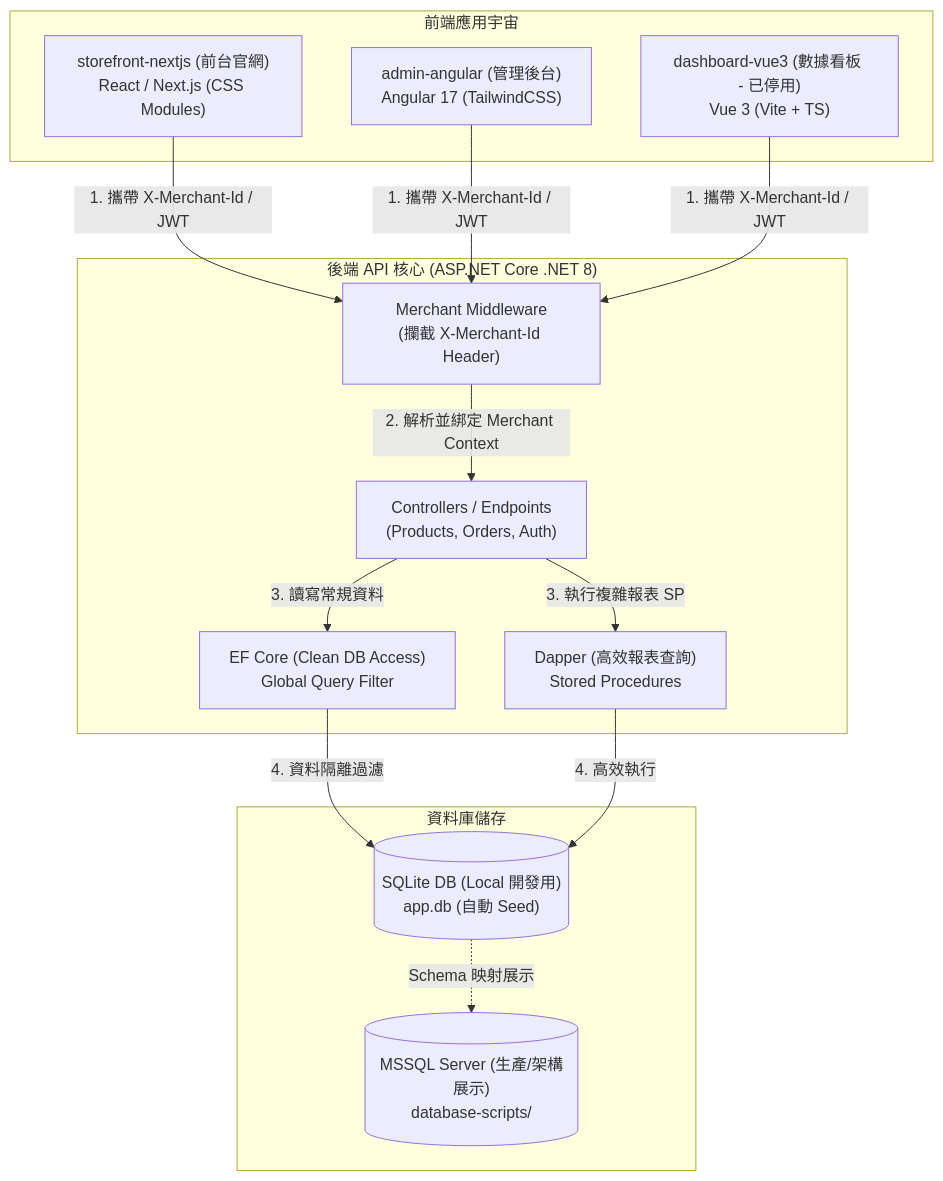
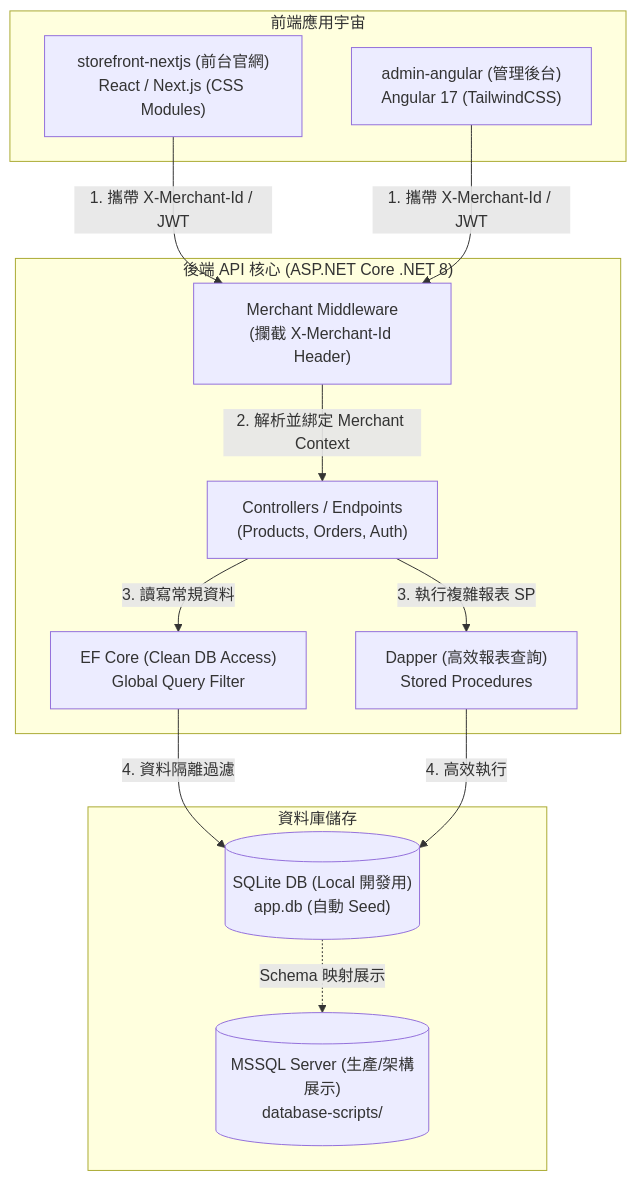
The diagram in README.md (garry380164/multi-framework-ecommerce-poc), drawn with Mermaid before and after one commit. The commit also changed other lines of this file and 9 other files, not shown here.

````diff
--- a/README.md
+++ b/README.md
@@ -40,38 +39,36 @@
 ```mermaid
 graph TD
     %% 前端宇宙
     subgraph FrontendClients ["前端應用宇宙"]
         NextJS["storefront-nextjs (前台官網)<br>React / Next.js (CSS Modules)"]
         Angular["admin-angular (管理後台)<br>Angular 17 (TailwindCSS)"]
-        Vue3["dashboard-vue3 (數據看板 - 已停用)<br>Vue 3 (Vite + TS)"]
     end
 
     %% 後端核心
     subgraph BackendCore ["後端 API 核心 (ASP.NET Core .NET 8)"]
         MerchantMW["Merchant Middleware<br>(攔截 X-Merchant-Id Header)"]
         Controllers["Controllers / Endpoints<br>(Products, Orders, Auth)"]
         EFCore["EF Core (Clean DB Access)<br>Global Query Filter"]
         Dapper["Dapper (高效報表查詢)<br>Stored Procedures"]
     end
 
     %% 資料庫
     subgraph DataStorage ["資料庫儲存"]
         SQLiteDB[("SQLite DB (Local 開發用)<br>app.db (自動 Seed)")]
         MSSQLDB[("MSSQL Server (生產/架構展示)<br>database-scripts/")]
     end
 
     %% 請求流向
     NextJS -->|1. 攜帶 X-Merchant-Id / JWT| MerchantMW
     Angular -->|1. 攜帶 X-Merchant-Id / JWT| MerchantMW
-    Vue3 -->|1. 攜帶 X-Merchant-Id / JWT| MerchantMW
 
     MerchantMW -->|2. 解析並綁定 Merchant Context| Controllers
     Controllers -->|3. 讀寫常規資料| EFCore
     Controllers -->|3. 執行複雜報表 SP| Dapper
 
     EFCore -->|4. 資料隔離過濾| SQLiteDB
     Dapper -->|4. 高效執行| SQLiteDB
     
     %% 展示映射
     SQLiteDB -.->|Schema 映射展示| MSSQLDB
 ```
````
